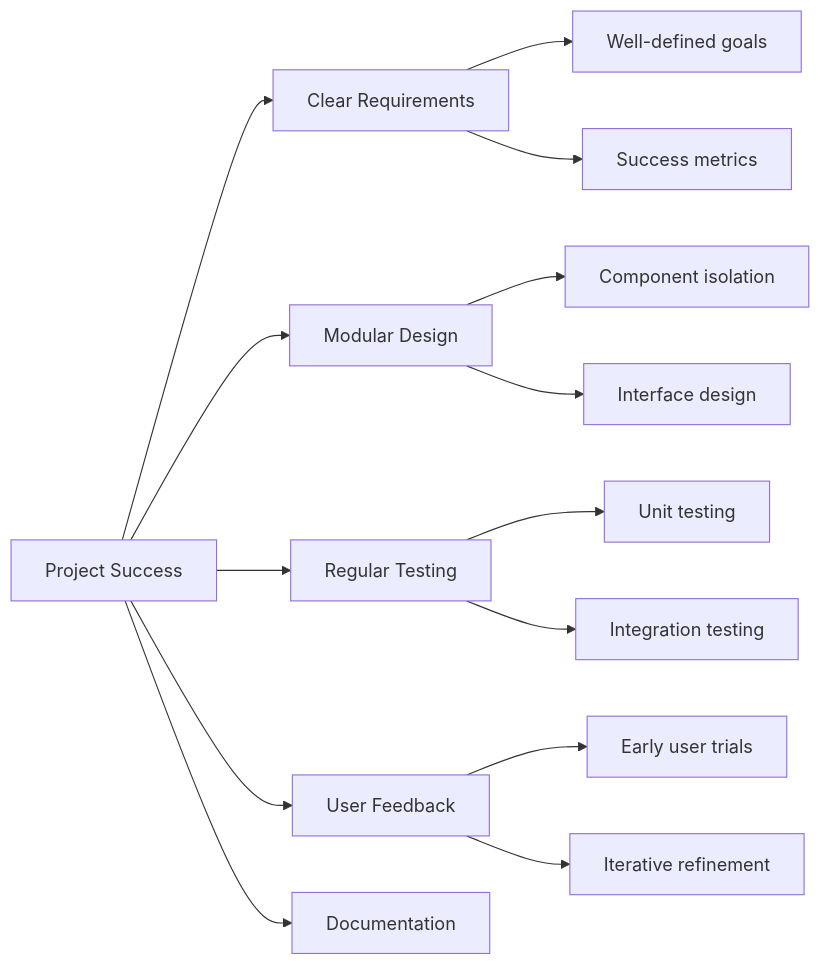
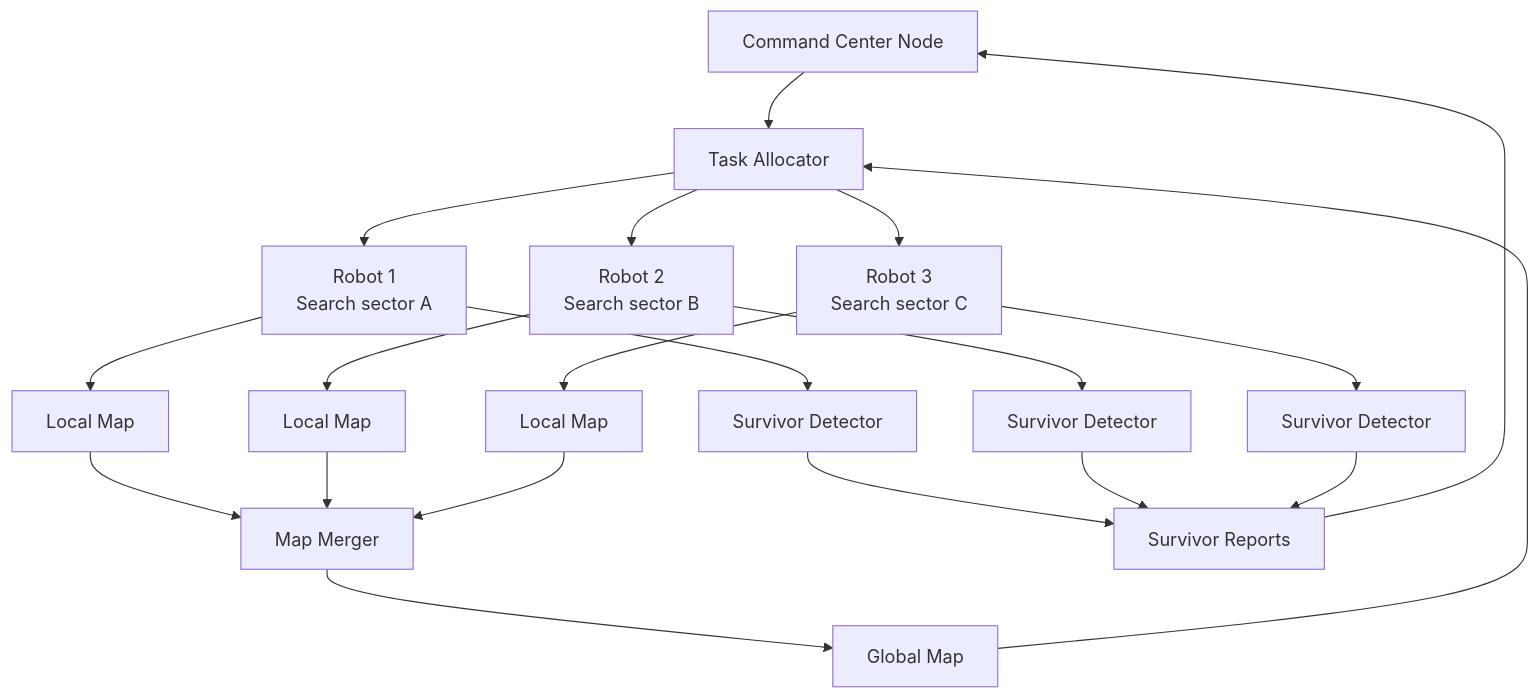
Before and after one commit to SheebaZaim/Physical-AI-and-Humanoid-Robtoics: the fifth of 5 diagrams in project/frontend/docs/capstone/project-ideas.md, drawn with Mermaid. The commit also changed other lines of this file and 15 other files, not shown here.

Commit message:
Enrich book content: comprehensive chapters with code, diagrams, images

````diff
--- a/project/frontend/docs/capstone/project-ideas.md
+++ b/project/frontend/docs/capstone/project-ideas.md
@@ -261,20 +633,26 @@
-  ```mermaid
-  graph LR
-      A[Project Success] --> B[Clear Requirements]
-      A --> C[Modular Design]
-      A --> D[Regular Testing]
-      A --> E[User Feedback]
-      A --> F[Documentation]
+```mermaid
+graph TB
+    CMD[Command Center Node] --> ALLOC[Task Allocator]
+    ALLOC --> R1[Robot 1<br/>Search sector A]
+    ALLOC --> R2[Robot 2<br/>Search sector B]
+    ALLOC --> R3[Robot 3<br/>Search sector C]
 
-      B --> B1[Well-defined goals]
-      B --> B2[Success metrics]
+    R1 --> MAP1[Local Map]
+    R2 --> MAP2[Local Map]
+    R3 --> MAP3[Local Map]
 
-      C --> C1[Component isolation]
-      C --> C2[Interface design]
+    MAP1 --> MERGE[Map Merger]
+    MAP2 --> MERGE
+    MAP3 --> MERGE
+    MERGE --> GLOBAL[Global Map]
+    GLOBAL --> ALLOC
 
-      D --> D1[Unit testing]
-      D --> D2[Integration testing]
+    R1 --> DETECT1[Survivor Detector]
+    R2 --> DETECT2[Survivor Detector]
+    R3 --> DETECT3[Survivor Detector]
 
-      E --> E1[Early user trials]
-      E --> E2[Iterative refinement]
-  ```
+    DETECT1 --> REPORT[Survivor Reports]
+    DETECT2 --> REPORT
+    DETECT3 --> REPORT
+    REPORT --> CMD
+```
````
